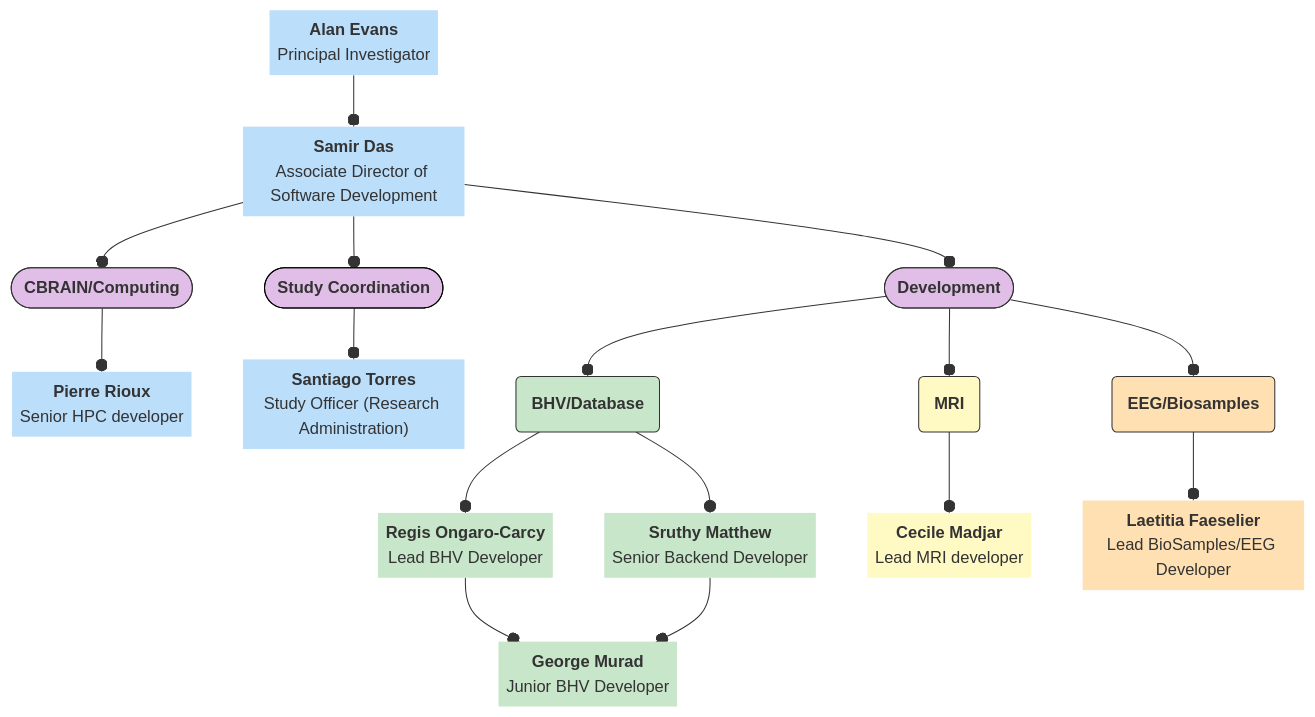
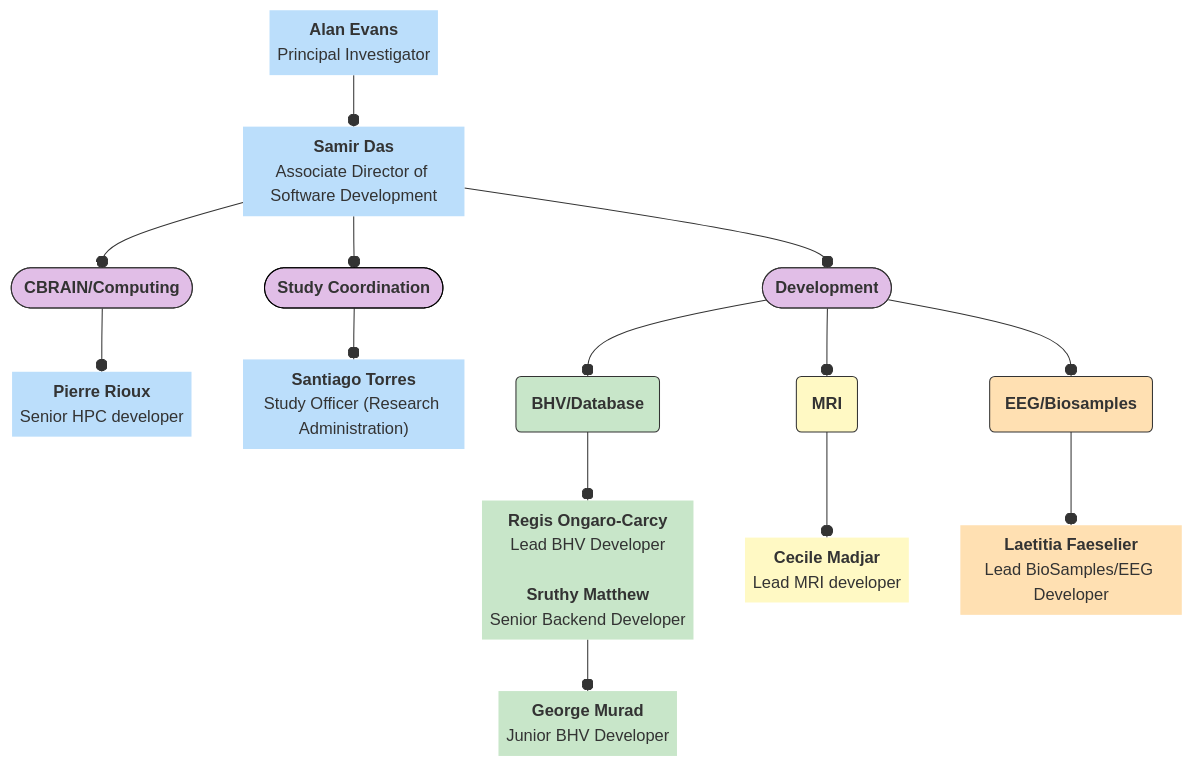
The second of 2 diagrams in docs/orgcharts.md (DCAN-Labs/hbcd-docs-internal), drawn with Mermaid before and after one commit.

Commit message:
polish LORIS chart

````diff
--- a/docs/orgcharts.md
+++ b/docs/orgcharts.md
@@ -51,46 +51,44 @@
 ```mermaid
 ---
 config:
   layout: dagre
 ---
 flowchart TB
     A["<b>Alan Evans</b><br>Principal Investigator"] --o nl["<b>Samir Das</b><br>Associate Director of Software Development"]
     nl --o n9(["<b>Study Coordination</b>"]) & C(["<b>CBRAIN/Computing</b>"]) & B(["<b>Development</b>"])
     C --o D["<b>Pierre Rioux</b><br>Senior HPC developer"]
     n9 --o E["<b>Santiago Torres</b><br>Study Officer (Research Administration)"]
     B --o F["<b>BHV/Database</b>"] & H["<b>EEG/Biosamples</b>"] & G["<b>MRI</b>"]
-    F --o I["<b>Regis Ongaro-Carcy</b><br>Lead BHV Developer"] & J["<b>Sruthy Matthew</b><br>Senior Backend Developer"]
+    F --o I["<b>Regis Ongaro-Carcy</b><br>Lead BHV Developer<br>
+    <b>Sruthy Matthew</b><br>Senior Backend Developer"]
     I --o K["<b>George Murad</b><br>Junior BHV Developer"]
-    J --o K
     G --o L["<b>Cecile Madjar</b><br>Lead MRI developer"]
     H --o M["<b>Laetitia Faeselier</b><br>Lead BioSamples/EEG Developer"]
     A@{ shape: text}
     nl@{ shape: text}
     D@{ shape: text}
     E@{ shape: text}
     F@{ shape: rounded}
     H@{ shape: rounded}
     G@{ shape: rounded}
     I@{ shape: text}
-    J@{ shape: text}
     K@{ shape: text}
     L@{ shape: text}
     M@{ shape: text}
     style A stroke:#000000,fill:#BBDEFB
     style nl stroke:#000000,fill:#BBDEFB
     style n9 stroke:#000000,fill:#E1BEE7,stroke-width:1px,stroke-dasharray: 0
     style C stroke:#333,fill:#E1BEE7
     style B stroke:#333,fill:#E1BEE7
     style D stroke:#333,fill:#BBDEFB
     style E stroke:#333,fill:#BBDEFB
     style F stroke:#333,fill:#C8E6C9
     style H stroke:#333,fill:#FFE0B2
     style G stroke:#333,fill:#FFF9C4
     style I stroke:#333,fill:#C8E6C9
-    style J stroke:#333,fill:#C8E6C9
     style K stroke:#333,fill:#C8E6C9
     style L stroke:#000000,fill:#FFF9C4
     style M fill:#FFE0B2,stroke:#000000
     click A "#alan-evans-principal-investigator"
     click nl "#samir-das-associate-director-of-software-development"
 ```
````
